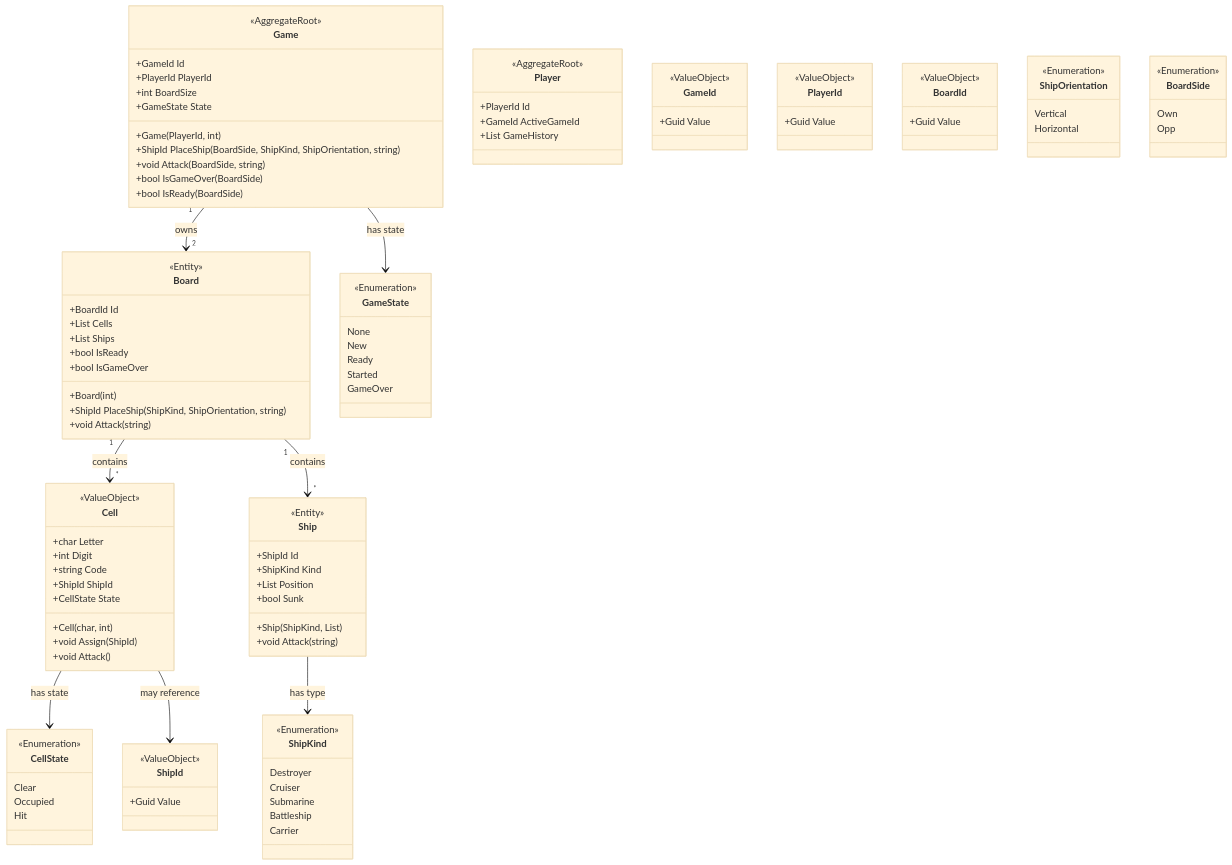
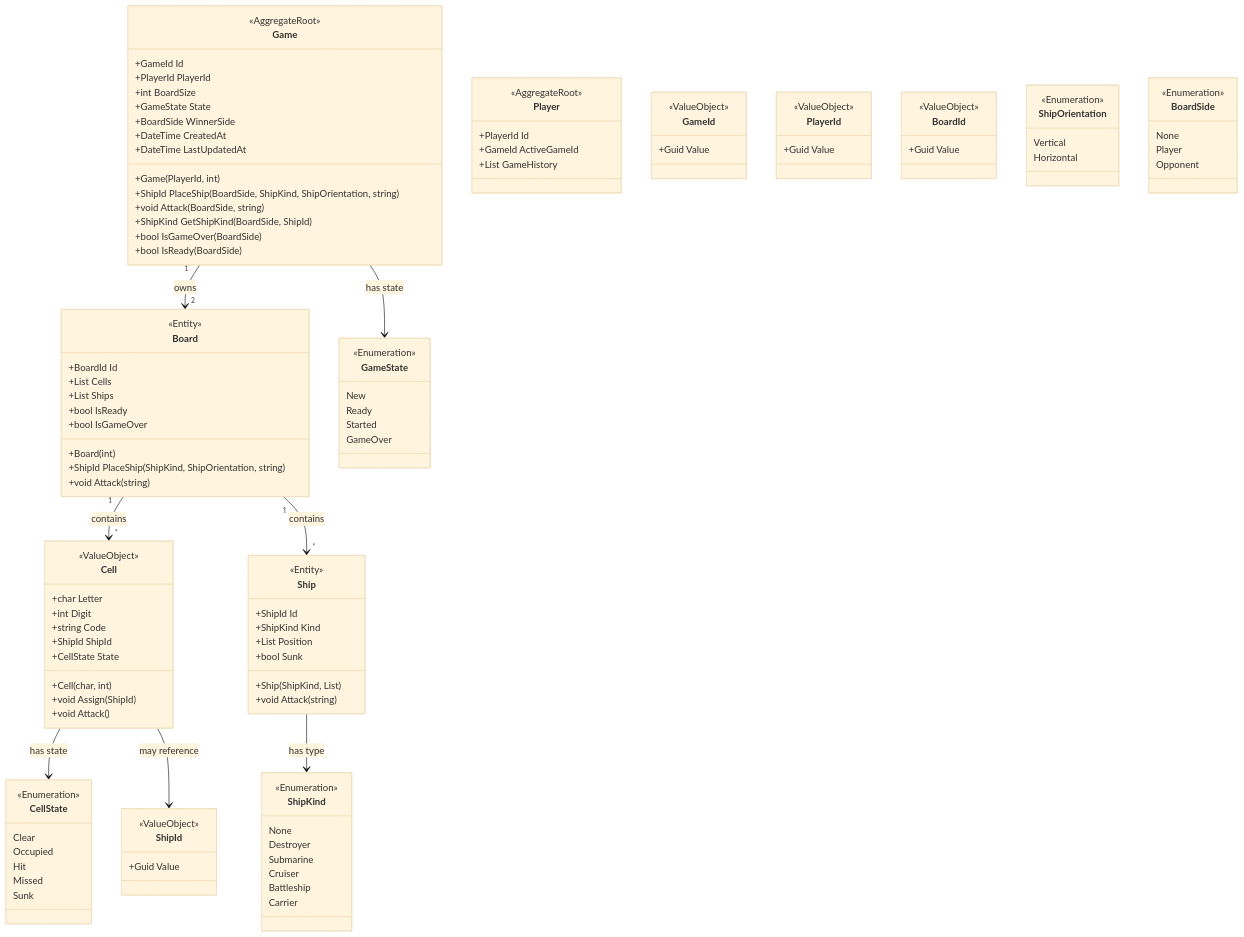
The first of 3 diagrams in docs/design.md (wahidshalaly/battleship-game), drawn with Mermaid (base theme) before and after one commit. The commit also changed other lines of this file and 15 other files, not shown here.

```diff
--- a/docs/design.md
+++ b/docs/design.md
@@ -23,9 +23,13 @@
         +PlayerId PlayerId
         +int BoardSize
         +GameState State
+        +BoardSide WinnerSide
+        +DateTime CreatedAt
+        +DateTime LastUpdatedAt
         +Game(PlayerId, int)
         +ShipId PlaceShip(BoardSide, ShipKind, ShipOrientation, string)
         +void Attack(BoardSide, string)
+        +ShipKind GetShipKind(BoardSide, ShipId)
         +bool IsGameOver(BoardSide)
         +bool IsReady(BoardSide)
     }
@@ -96,13 +100,16 @@
         Clear
         Occupied
         Hit
+        Missed
+        Sunk
     }
 
     class ShipKind {
         <<Enumeration>>
+        None
         Destroyer
+        Submarine
         Cruiser
-        Submarine
         Battleship
         Carrier
     }
@@ -115,13 +122,13 @@
 
     class BoardSide {
         <<Enumeration>>
-        Own
-        Opp
+        None
+        Player
+        Opponent
     }
 
     class GameState {
         <<Enumeration>>
-        None
         New
         Ready
         Started
```
